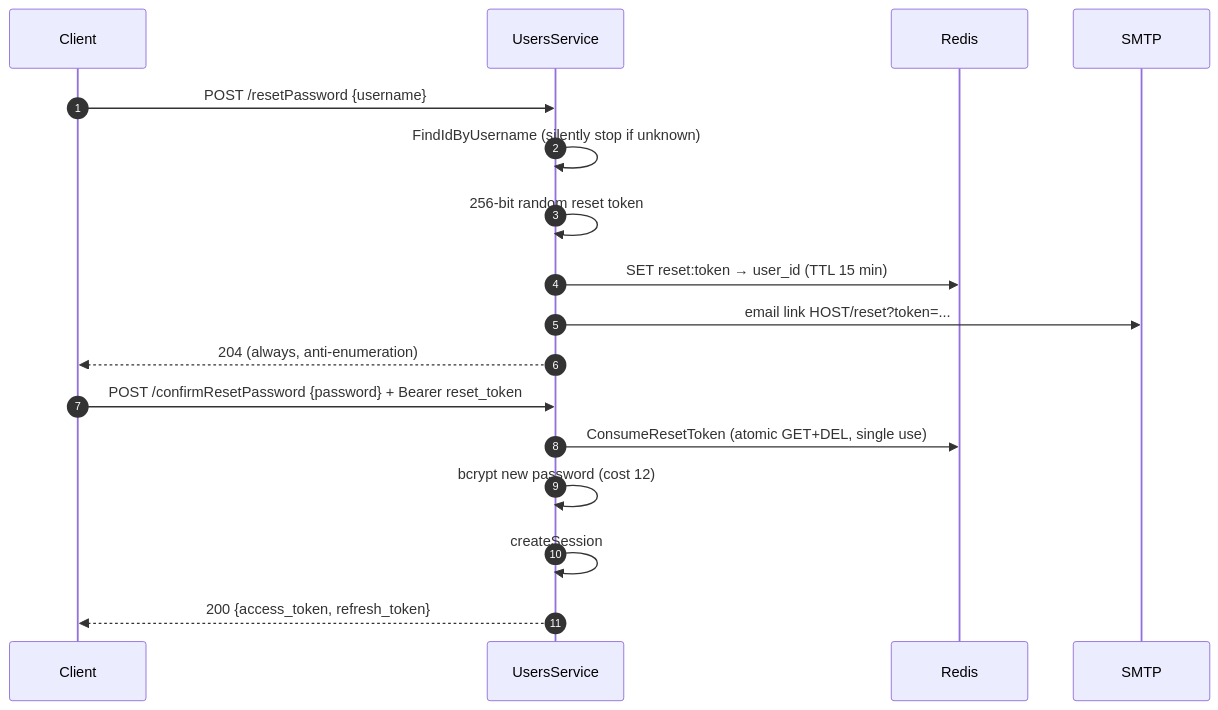
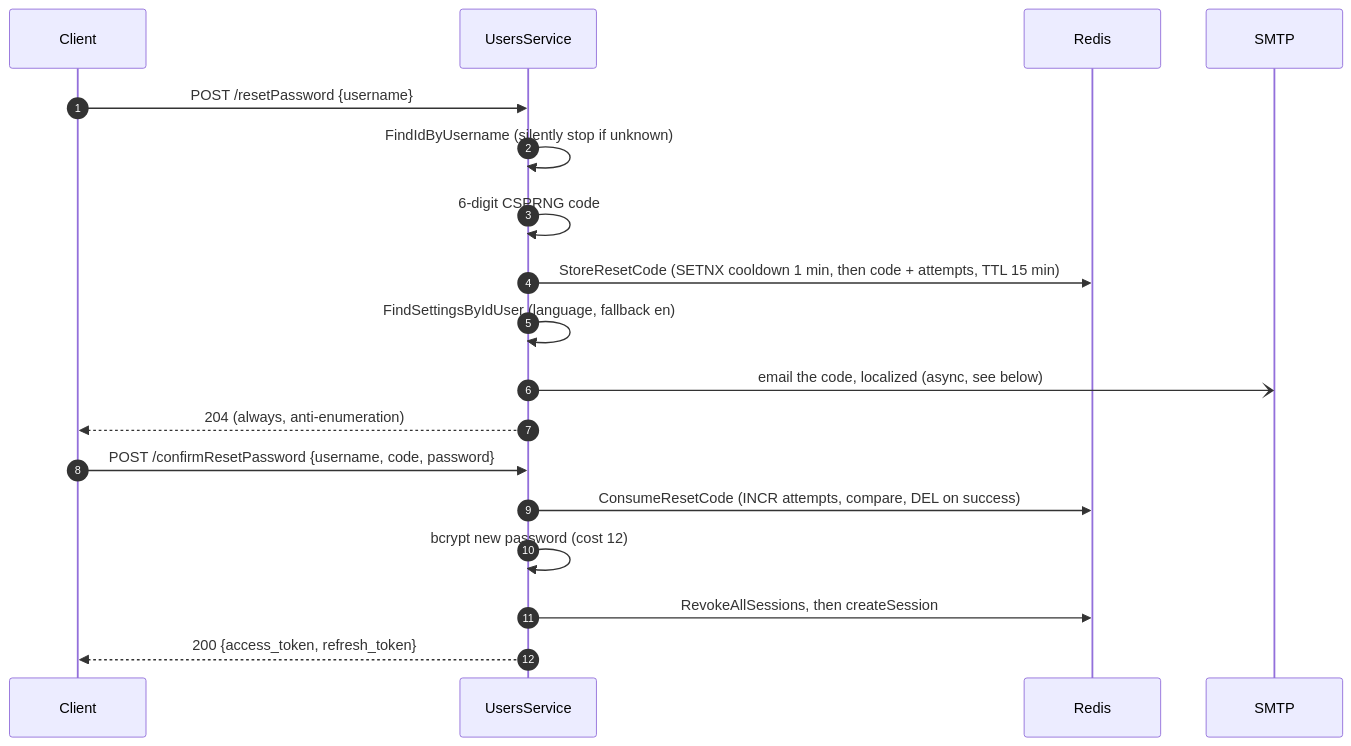
The fourth of 4 diagrams in homl-web/docs/auth-flows.md (alkariin/homl), drawn with Mermaid before and after one commit. The commit also changed other lines of this file and 10 other files, not shown here.

Commit message:
fix: harden password reset emails

````diff
--- a/homl-web/docs/auth-flows.md
+++ b/homl-web/docs/auth-flows.md
@@ -167,21 +170,22 @@
 ```mermaid
 sequenceDiagram
     autonumber
     participant C as Client
     participant S as UsersService
     participant R as Redis
     participant E as SMTP
 
     C->>S: POST /resetPassword {username}
     S->>S: FindIdByUsername (silently stop if unknown)
-    S->>S: 256-bit random reset token
-    S->>R: SET reset:token → user_id (TTL 15 min)
-    S->>E: email link HOST/reset?token=...
+    S->>S: 6-digit CSPRNG code
+    S->>R: StoreResetCode (SETNX cooldown 1 min, then code + attempts, TTL 15 min)
+    S->>S: FindSettingsByIdUser (language, fallback en)
+    S-)E: email the code, localized (async, see below)
     S-->>C: 204 (always, anti-enumeration)
 
-    C->>S: POST /confirmResetPassword {password} + Bearer reset_token
-    S->>R: ConsumeResetToken (atomic GET+DEL, single use)
+    C->>S: POST /confirmResetPassword {username, code, password}
+    S->>R: ConsumeResetCode (INCR attempts, compare, DEL on success)
     S->>S: bcrypt new password (cost 12)
-    S->>S: createSession
+    S->>R: RevokeAllSessions, then createSession
     S-->>C: 200 {access_token, refresh_token}
 ```
````
